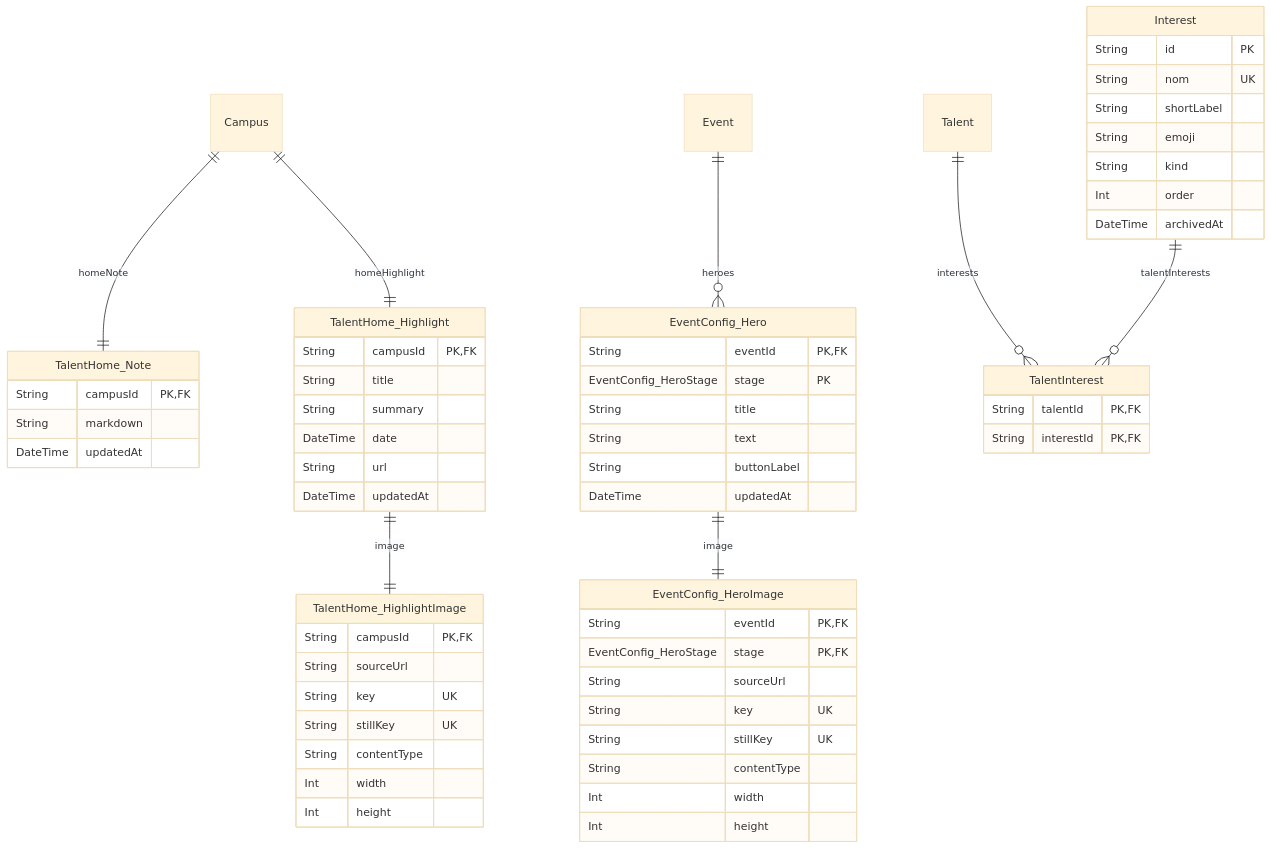
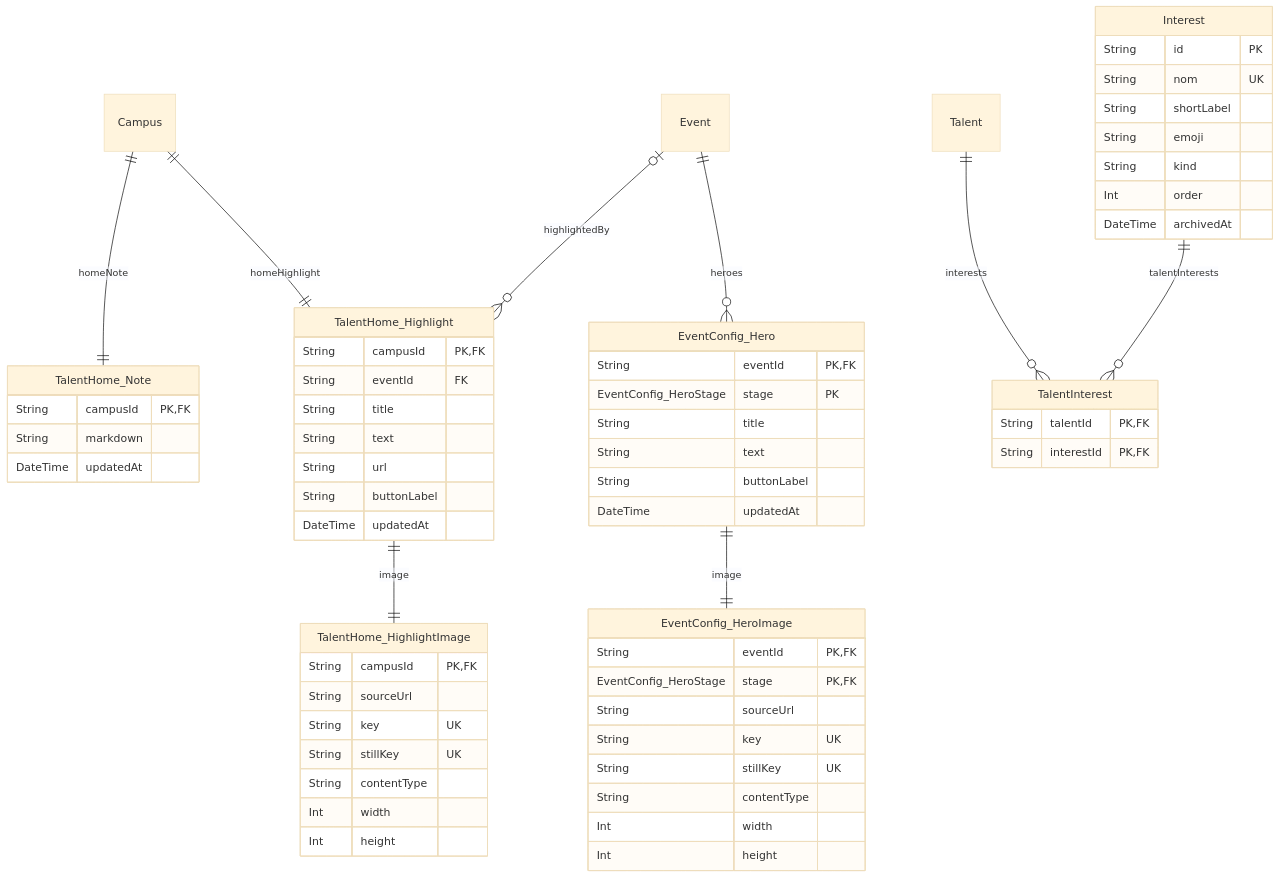
The tenth of 13 diagrams in frontend/docs/database.md (Manta-Epitech-Academy/jump), drawn with Mermaid (base theme) before and after one commit. The commit also changed other lines of this file and 20 other files, not shown here.

First line of the commit message:
feat(talent-home): point a campus's highlight at one of its events

````diff
--- a/frontend/docs/database.md
+++ b/frontend/docs/database.md
@@ -957,69 +957,71 @@
 ```mermaid
 erDiagram
   TalentHome_Note {
     String campusId PK,FK
     String markdown
     DateTime updatedAt
   }
   TalentHome_Highlight {
     String campusId PK,FK
+    String eventId FK
     String title
-    String summary
-    DateTime date
+    String text
     String url
+    String buttonLabel
     DateTime updatedAt
   }
   TalentHome_HighlightImage {
     String campusId PK,FK
     String sourceUrl
     String key UK
     String stillKey UK
     String contentType
     Int width
     Int height
   }
   EventConfig_Hero {
     String eventId PK,FK
     EventConfig_HeroStage stage PK
     String title
     String text
     String buttonLabel
     DateTime updatedAt
   }
   EventConfig_HeroImage {
     String eventId PK,FK
     EventConfig_HeroStage stage PK,FK
     String sourceUrl
     String key UK
     String stillKey UK
     String contentType
     Int width
     Int height
   }
   Interest {
     String id PK
     String nom UK
     String shortLabel
     String emoji
     String kind
     Int order
     DateTime archivedAt
   }
   TalentInterest {
     String talentId PK,FK
     String interestId PK,FK
   }
   Talent {
   }
   Campus {
   }
   Event {
   }
   Talent ||--o{ TalentInterest : "interests"
   Campus ||--|| TalentHome_Note : "homeNote"
   Campus ||--|| TalentHome_Highlight : "homeHighlight"
+  Event |o--o{ TalentHome_Highlight : "highlightedBy"
   TalentHome_Highlight ||--|| TalentHome_HighlightImage : "image"
   Event ||--o{ EventConfig_Hero : "heroes"
   Interest ||--o{ TalentInterest : "talentInterests"
   EventConfig_Hero ||--|| EventConfig_HeroImage : "image"
 ```
````
